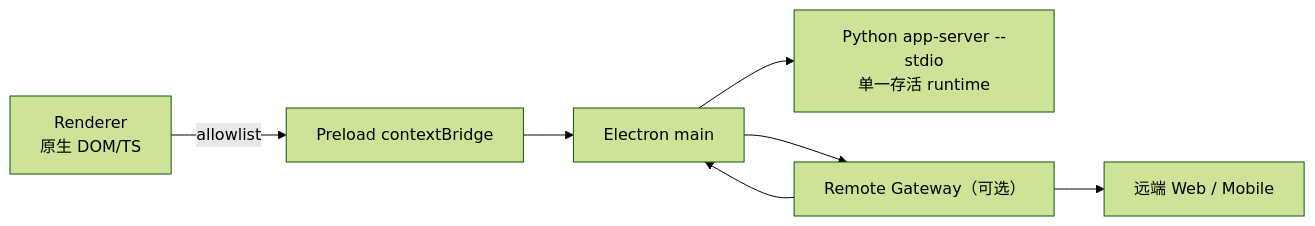
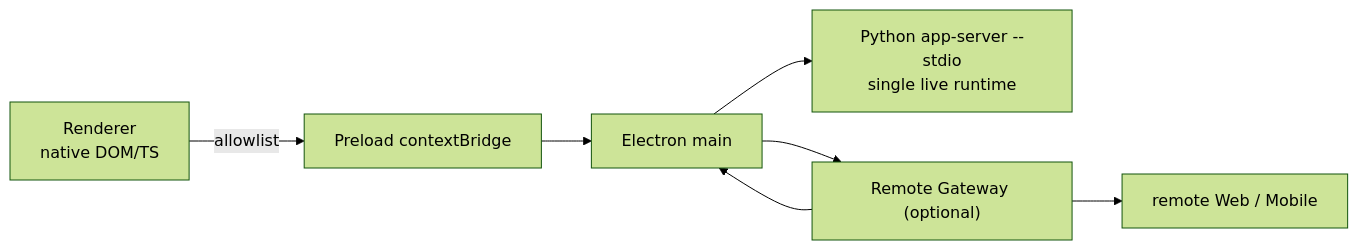
Before and after one commit to Azzurroooo/rind: the diagram in docs/internals/07-surfaces/desktop.md, drawn with Mermaid (forest theme). The commit also changed other lines of this file and 109 other files, not shown here.

```diff
--- a/docs/internals/07-surfaces/desktop.md
+++ b/docs/internals/07-surfaces/desktop.md
@@ -5,9 +7,9 @@
 ~~~mermaid
 flowchart LR
-    R["Renderer<br/>原生 DOM/TS"] -->|allowlist| P["Preload contextBridge"]
+    R["Renderer<br/>native DOM/TS"] -->|allowlist| P["Preload contextBridge"]
     P --> M["Electron main"]
-    M --> W["Python app-server --stdio<br/>单一存活 runtime"]
-    M --> G["Remote Gateway（可选）"]
-    G --> B["远端 Web / Mobile"]
+    M --> W["Python app-server --stdio<br/>single live runtime"]
+    M --> G["Remote Gateway (optional)"]
+    G --> B["remote Web / Mobile"]
     G --> M
 ~~~
```
